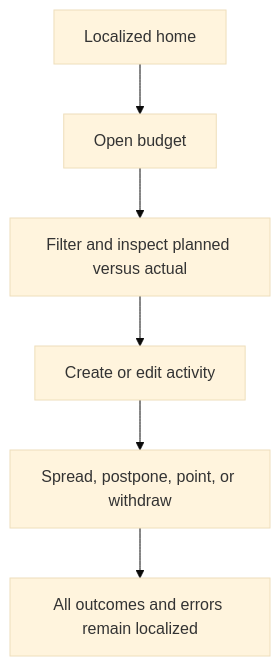
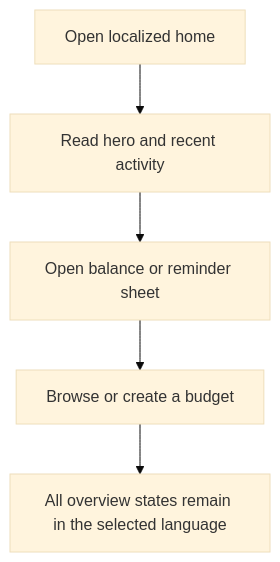
Before and after one commit to neogenz/pulpe: the first of 2 diagrams in aidd_docs/tasks/2026_08/2026_08_21_android-i18n-preview-integration/phase-4.md, drawn with Mermaid (base theme). The commit also changed other lines of this file and 13 other files, not shown here.

````diff
--- a/aidd_docs/tasks/2026_08/2026_08_21_android-i18n-preview-integration/phase-4.md
+++ b/aidd_docs/tasks/2026_08/2026_08_21_android-i18n-preview-integration/phase-4.md
@@ -23,8 +21,7 @@
 ```mermaid
 flowchart TD
-  A[Localized home] --> B[Open budget]
-  B --> C[Filter and inspect planned versus actual]
-  C --> D[Create or edit activity]
-  D --> E[Spread, postpone, point, or withdraw]
-  E --> F[All outcomes and errors remain localized]
+  A[Open localized home] --> B[Read hero and recent activity]
+  B --> C[Open balance or reminder sheet]
+  C --> D[Browse or create a budget]
+  D --> E[All overview states remain in the selected language]
 ```
````
